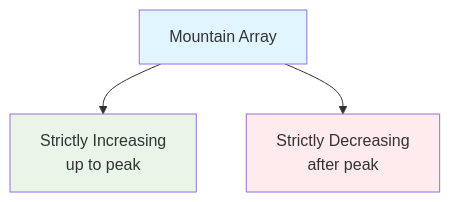
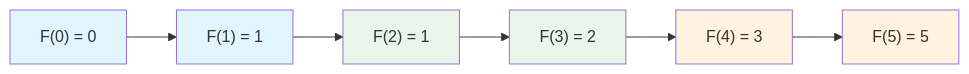
One commit to LuckyLongre123/README_RUNNER changed the first of 10 diagrams in README.md. Above: the diagram before and after it, drawn with Mermaid. The commit also changed other lines of this file, not shown here.

````diff
--- a/README.md
+++ b/README.md
@@ -45,9 +44,15 @@
 ```mermaid
-flowchart TD
-    A["Mountain Array"] --> B["Strictly Increasing<br/>up to peak"]
-    A --> C["Strictly Decreasing<br/>after peak"]
+flowchart LR
+    A["F(0) = 0"] --> B["F(1) = 1"]
+    B --> C["F(2) = 1"]
+    C --> D["F(3) = 2"]
+    D --> E["F(4) = 3"]
+    E --> F["F(5) = 5"]
     
     style A fill:#e1f5fe
-    style B fill:#e8f5e8
-    style C fill:#ffebee
+    style B fill:#e1f5fe
+    style C fill:#e8f5e8
+    style D fill:#e8f5e8
+    style E fill:#fff3e0
+    style F fill:#fff3e0
 ```
````
